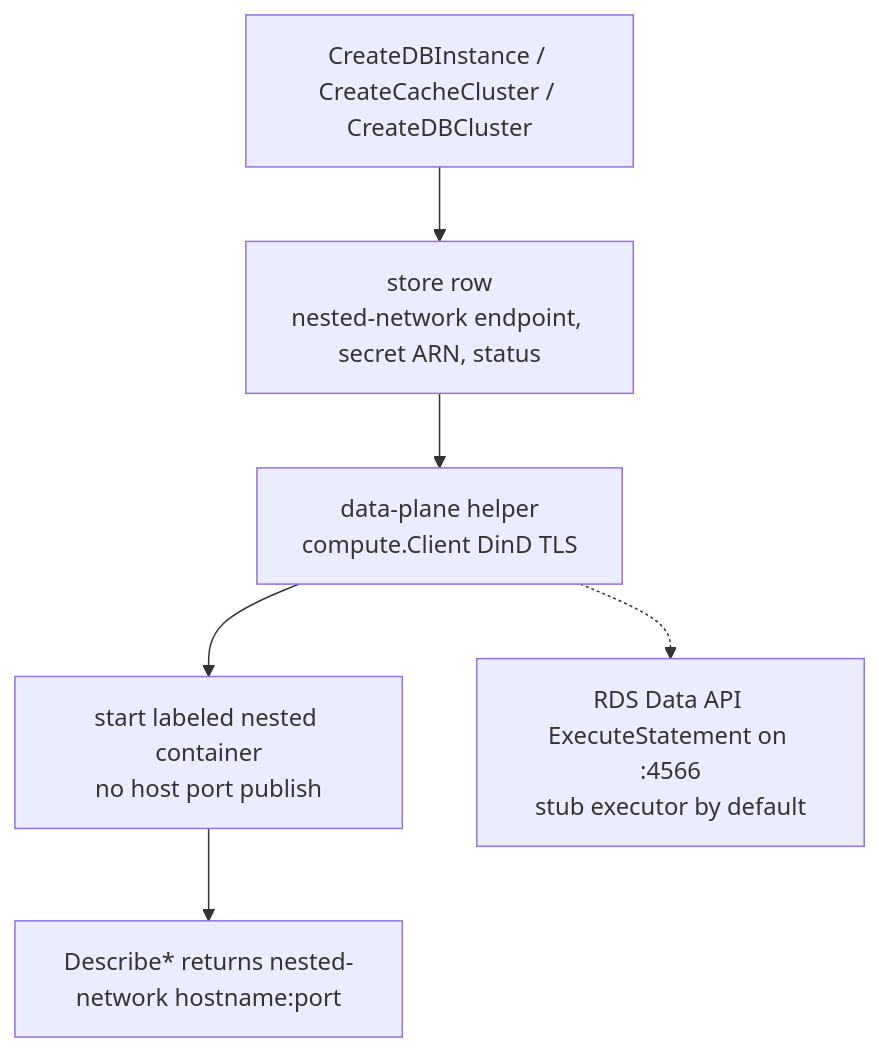
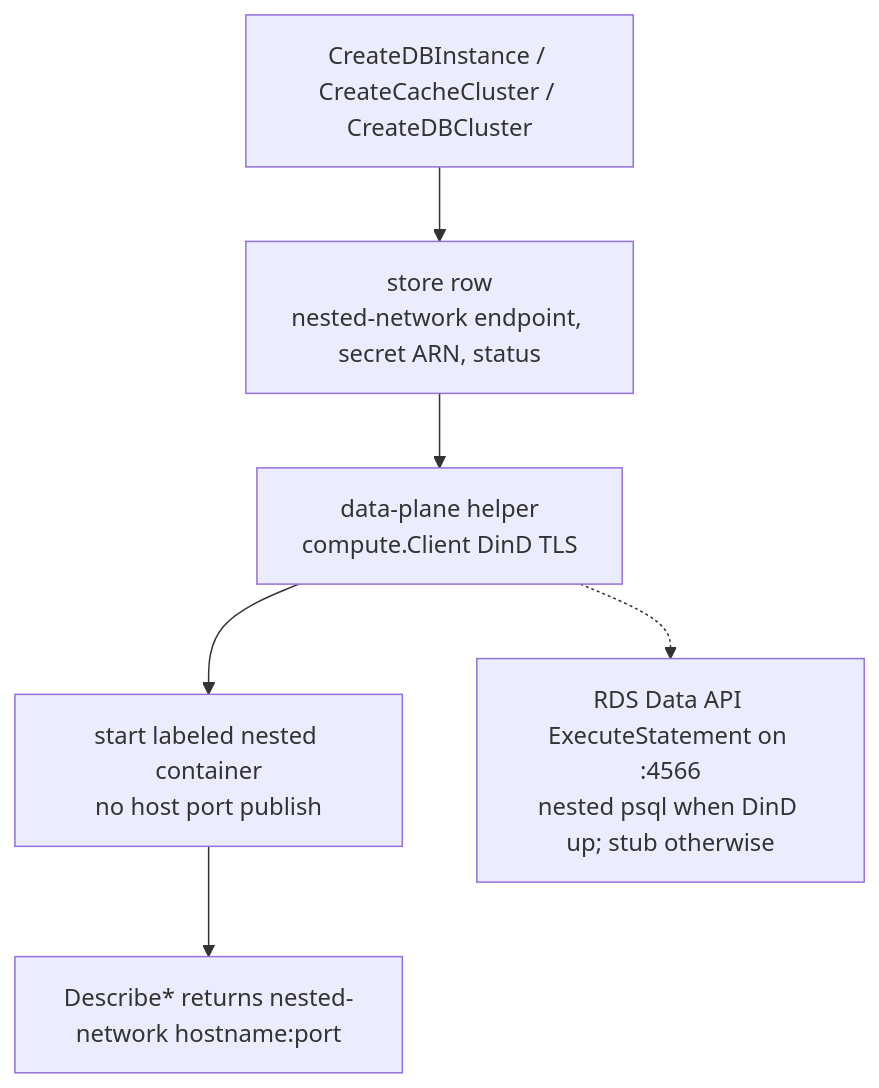
The second of 2 diagrams in docs/architecture.md (Kyaxris-Labs/Noctaxris), drawn with Mermaid before and after one commit. The commit also changed other lines of this file and 123 other files, not shown here.

First line of the commit message:
Update CHANGELOG, enhance security features, and implement nested data plane capabilities

````diff
--- a/docs/architecture.md
+++ b/docs/architecture.md
@@ -95,12 +95,12 @@
 ```mermaid
 flowchart TD
   Create["CreateDBInstance / CreateCacheCluster / CreateDBCluster"]
   Store["store row<br/>nested-network endpoint, secret ARN, status"]
   Helper["data-plane helper<br/>compute.Client DinD TLS"]
   Start["start labeled nested container<br/>no host port publish"]
   Describe["Describe* returns nested-network hostname:port"]
-  DataAPI["RDS Data API ExecuteStatement on :4566<br/>stub executor by default"]
+  DataAPI["RDS Data API ExecuteStatement on :4566<br/>nested psql when DinD up; stub otherwise"]
 
   Create --> Store --> Helper --> Start --> Describe
   Helper -.-> DataAPI
 ```
````
